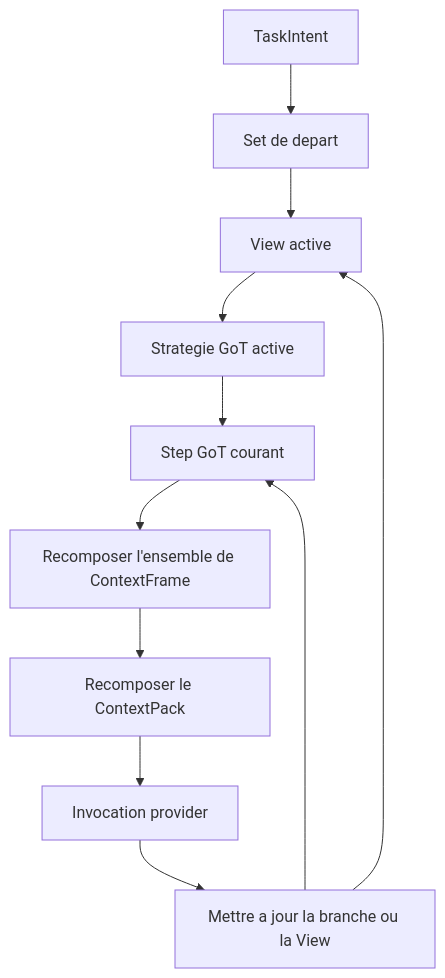
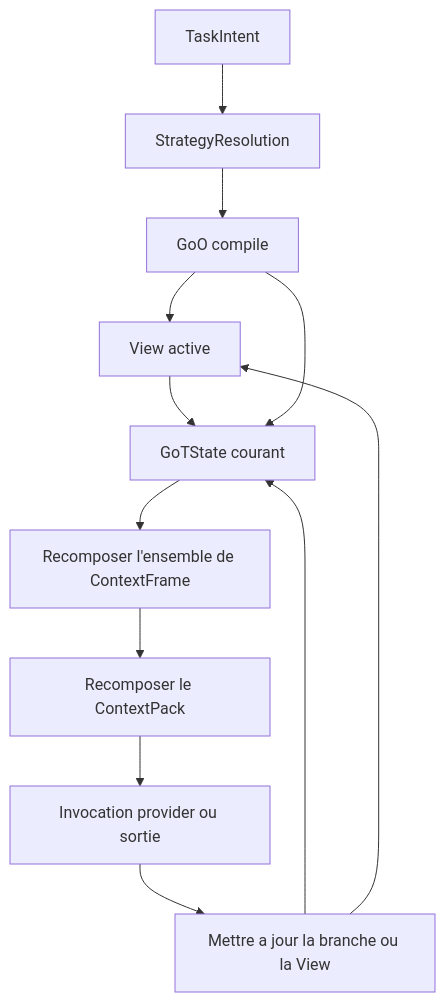
The diagram in docs/architecture/concepts/agent-loop.md (ZEDIUM-Off/graphclaw), drawn with Mermaid before and after one commit. The commit also changed other lines of this file and 11 other files, not shown here.

Commit message:
docs: clarify GoT and GoO architecture

````diff
--- a/docs/architecture/concepts/agent-loop.md
+++ b/docs/architecture/concepts/agent-loop.md
@@ -48,16 +50,17 @@
 ```mermaid
 flowchart TD
     A[TaskIntent]
-    B[Set de depart]
-    C[View active]
-    D[Strategie GoT active]
-    E[Step GoT courant]
+    B[StrategyResolution]
+    C[GoO compile]
+    D[View active]
+    E[GoTState courant]
     F[Recomposer l'ensemble de ContextFrame]
     G[Recomposer le ContextPack]
-    H[Invocation provider]
+    H[Invocation provider ou sortie]
     I[Mettre a jour la branche ou la View]
 
     A --> B --> C --> D --> E --> F --> G --> H --> I
+    C --> E
     I --> E
-    I --> C
+    I --> D
 ```
````
